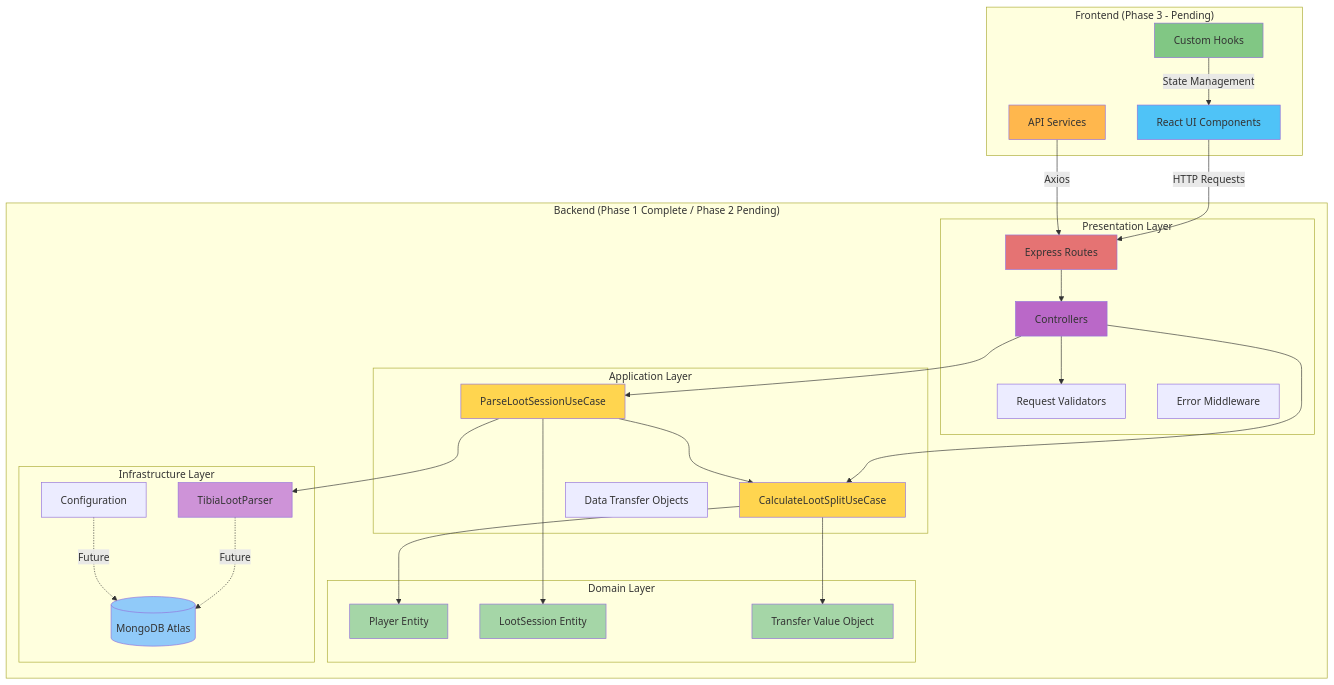
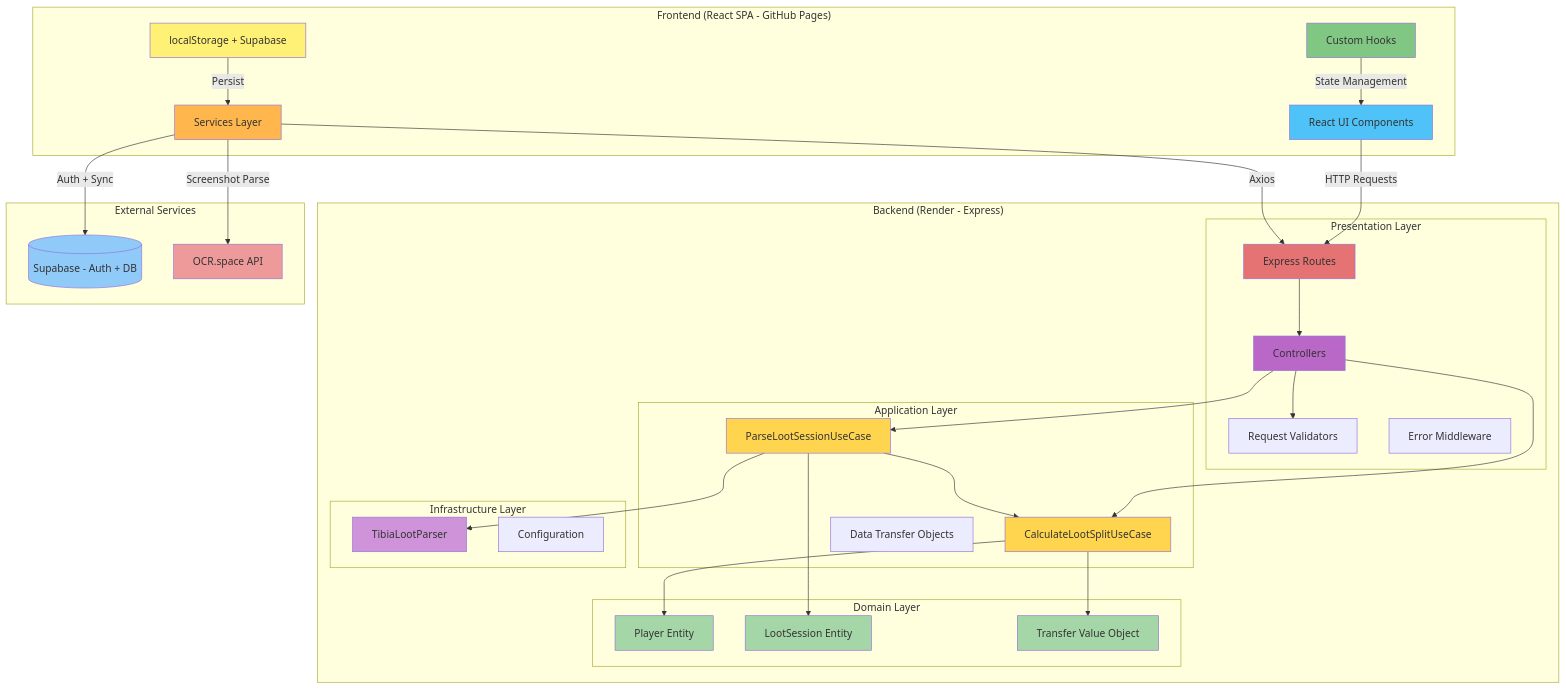
Before and after one commit to MarinaLarissa/site-da-luci: the first of 7 diagrams in docs/architecture/architecture-diagram.md, drawn with Mermaid. The commit also changed other lines of this file and 22 other files, not shown here.

````diff
--- a/docs/architecture/architecture-diagram.md
+++ b/docs/architecture/architecture-diagram.md
@@ -5,66 +5,73 @@
 ```mermaid
 graph TB
-    subgraph "Frontend (Phase 3 - Pending)"
+    subgraph "Frontend (React SPA - GitHub Pages)"
         UI[React UI Components]
         Hooks[Custom Hooks]
-        Services[API Services]
+        Services[Services Layer]
+        Storage[localStorage + Supabase]
     end
 
-    subgraph "Backend (Phase 1 Complete / Phase 2 Pending)"
+    subgraph "Backend (Render - Express)"
         subgraph "Presentation Layer"
             Routes[Express Routes]
             Controllers[Controllers]
             Validators[Request Validators]
             Middleware[Error Middleware]
         end
 
         subgraph "Application Layer"
             UC1[CalculateLootSplitUseCase]
             UC2[ParseLootSessionUseCase]
             DTOs[Data Transfer Objects]
         end
 
         subgraph "Domain Layer"
             Player[Player Entity]
             LootSession[LootSession Entity]
             Transfer[Transfer Value Object]
         end
 
         subgraph "Infrastructure Layer"
             Parser[TibiaLootParser]
-            MongoDB[(MongoDB Atlas)]
             Config[Configuration]
         end
+    end
+
+    subgraph "External Services"
+        Supabase[(Supabase - Auth + DB)]
+        OCR[OCR.space API]
     end
 
     UI -->|HTTP Requests| Routes
     Hooks -->|State Management| UI
     Services -->|Axios| Routes
+    Services -->|Auth + Sync| Supabase
+    Services -->|Screenshot Parse| OCR
+    Storage -->|Persist| Services
 
     Routes --> Controllers
     Controllers --> Validators
     Controllers --> UC1
     Controllers --> UC2
 
     UC1 --> Player
     UC1 --> Transfer
     UC2 --> Parser
     UC2 --> UC1
     UC2 --> LootSession
 
-    Parser -.->|Future| MongoDB
-    Config -.->|Future| MongoDB
-
     style UI fill:#4fc3f7
     style Hooks fill:#81c784
     style Services fill:#ffb74d
+    style Storage fill:#fff176
     style Routes fill:#e57373
     style Controllers fill:#ba68c8
     style UC1 fill:#ffd54f
     style UC2 fill:#ffd54f
     style Player fill:#a5d6a7
     style LootSession fill:#a5d6a7
     style Transfer fill:#a5d6a7
     style Parser fill:#ce93d8
-    style MongoDB fill:#90caf9
+    style Supabase fill:#90caf9
+    style OCR fill:#ef9a9a
 ```
````
